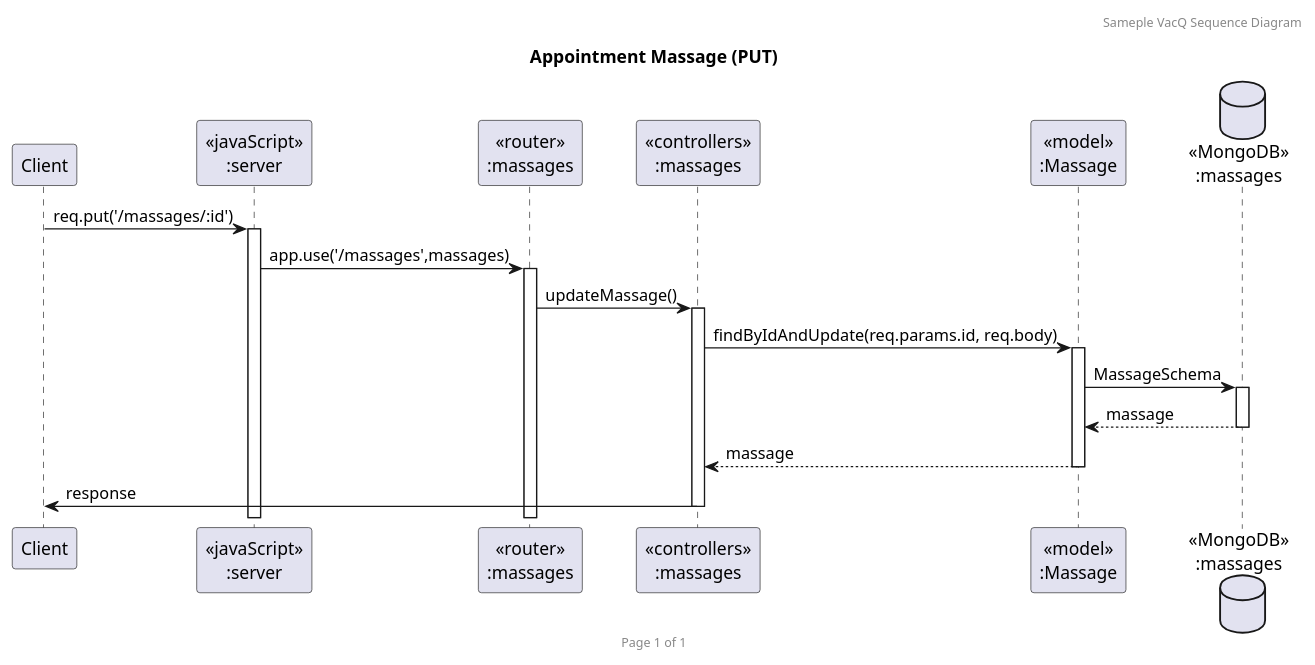
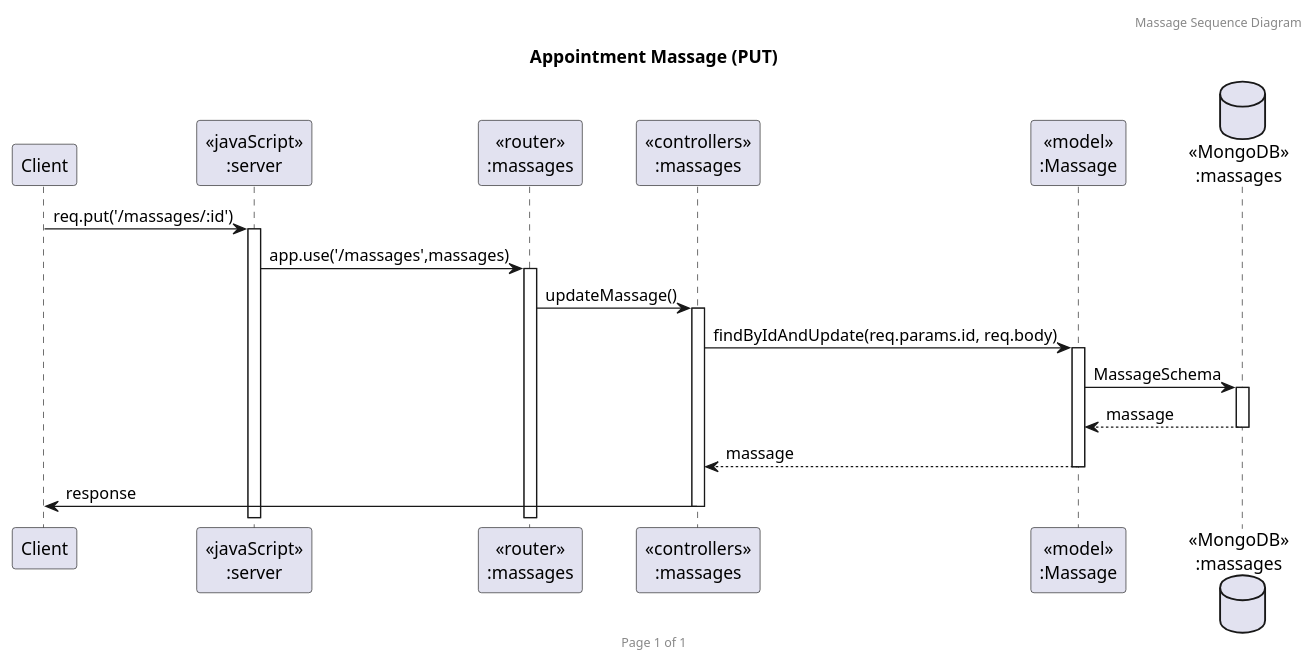
The diagram in PlantUml/put.puml (2110503TACEDT66/presentation-day-1-samsaomidnight), drawn with PlantUML before and after one commit. The commit also changed 4 other files, not shown here.

```diff
--- a/PlantUml/put.puml
+++ b/PlantUml/put.puml
@@ -1,23 +1,23 @@
 @startuml Appointment Massage (PUT)
 
-header Sameple VacQ Sequence Diagram
+header Massage Sequence Diagram
 footer Page %page% of %lastpage%
 title "Appointment Massage (PUT)"
 
 participant "Client" as client
 participant "<<javaScript>>\n:server" as server
 participant "<<router>>\n:massages" as routerMassages
 participant "<<controllers>>\n:massages" as controllersMassages
 participant "<<model>>\n:Massage" as modelMassage
 database "<<MongoDB>>\n:massages" as MassagesDatabase
 
 client->server ++:req.put('/massages/:id')
 server->routerMassages ++:app.use('/massages',massages)
 routerMassages -> controllersMassages ++:updateMassage()
 controllersMassages->modelMassage ++:findByIdAndUpdate(req.params.id, req.body)
 modelMassage ->MassagesDatabase ++: MassageSchema
 MassagesDatabase --> modelMassage --: massage
 controllersMassages <-- modelMassage --:massage
 controllersMassages->client --:response
 
 @enduml
```
